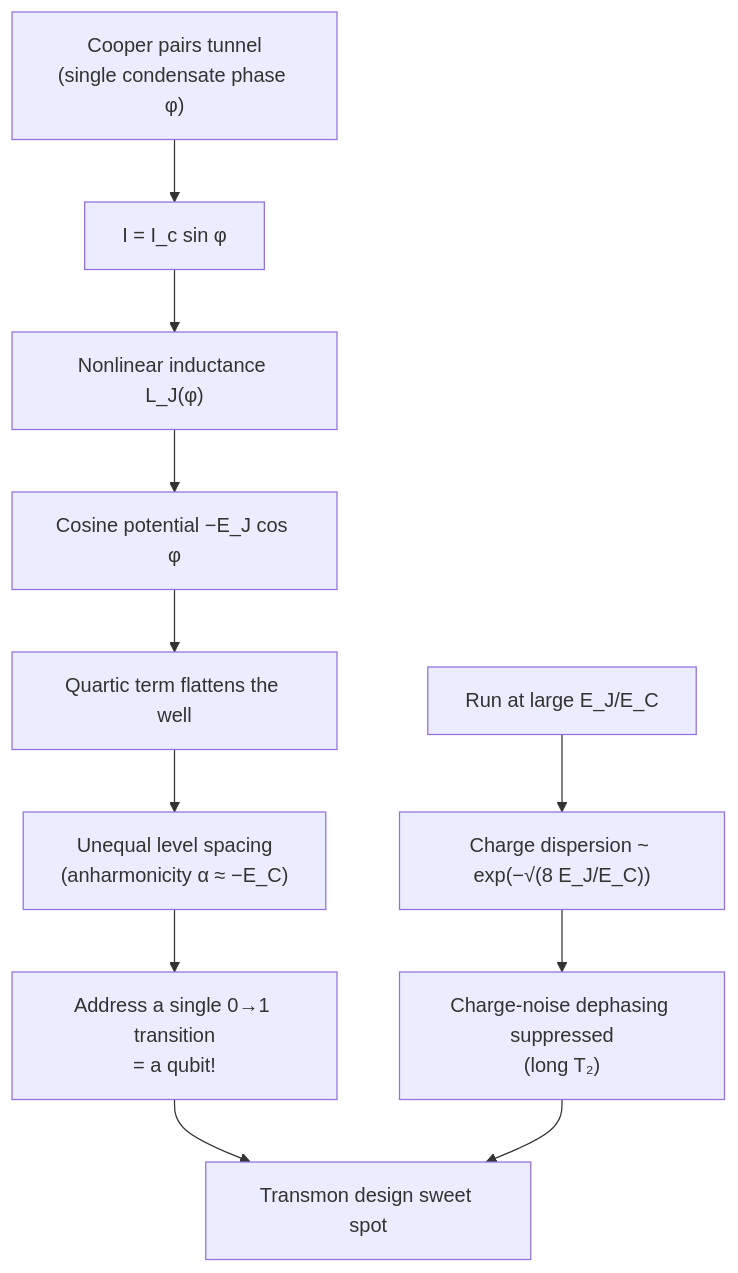
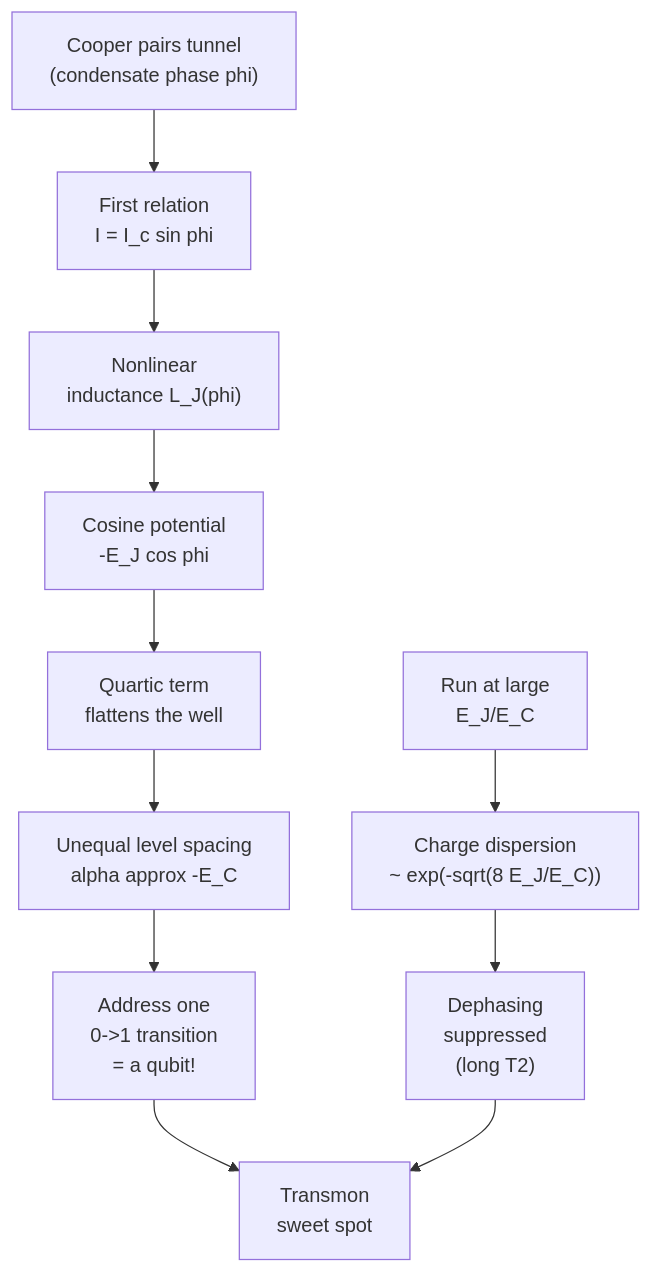
The diagram in tutorial/03-josephson-junction.md (Iamsohungrynow/superconducting-qubits-journey), drawn with Mermaid before and after one commit. The commit also changed 11 other files, not shown here.

Commit message:
Rewrite Mermaid diagrams for clear GitHub rendering (TD layout, short labels)

````diff
--- a/tutorial/03-josephson-junction.md
+++ b/tutorial/03-josephson-junction.md
@@ -9,13 +9,13 @@
 ```mermaid
 flowchart TD
-    A["Cooper pairs tunnel<br/>(single condensate phase φ)"] --> B["I = I_c sin φ"]
-    B --> C["Nonlinear inductance L_J(φ)"]
-    C --> D["Cosine potential −E_J cos φ"]
-    D --> E["Quartic term flattens the well"]
-    E --> F["Unequal level spacing<br/>(anharmonicity α ≈ −E_C)"]
-    F --> G["Address a single 0→1 transition<br/>= a qubit!"]
-    H["Run at large E_J/E_C"] --> I["Charge dispersion ~ exp(−√(8 E_J/E_C))"]
-    I --> J["Charge-noise dephasing suppressed<br/>(long T₂)"]
-    G --> K["Transmon design sweet spot"]
+    A["Cooper pairs tunnel<br/>(condensate phase phi)"] --> B["First relation<br/>I = I_c sin phi"]
+    B --> C["Nonlinear<br/>inductance L_J(phi)"]
+    C --> D["Cosine potential<br/>-E_J cos phi"]
+    D --> E["Quartic term<br/>flattens the well"]
+    E --> F["Unequal level spacing<br/>alpha approx -E_C"]
+    F --> G["Address one<br/>0->1 transition<br/>= a qubit!"]
+    H["Run at large<br/>E_J/E_C"] --> I["Charge dispersion<br/>~ exp(-sqrt(8 E_J/E_C))"]
+    I --> J["Dephasing<br/>suppressed<br/>(long T2)"]
+    G --> K["Transmon<br/>sweet spot"]
     J --> K
 ```
````
